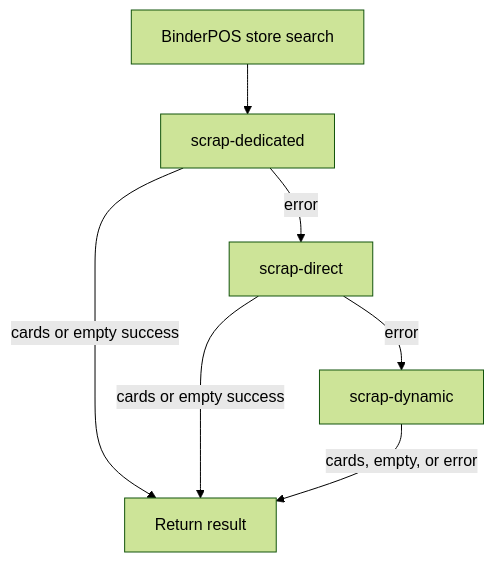
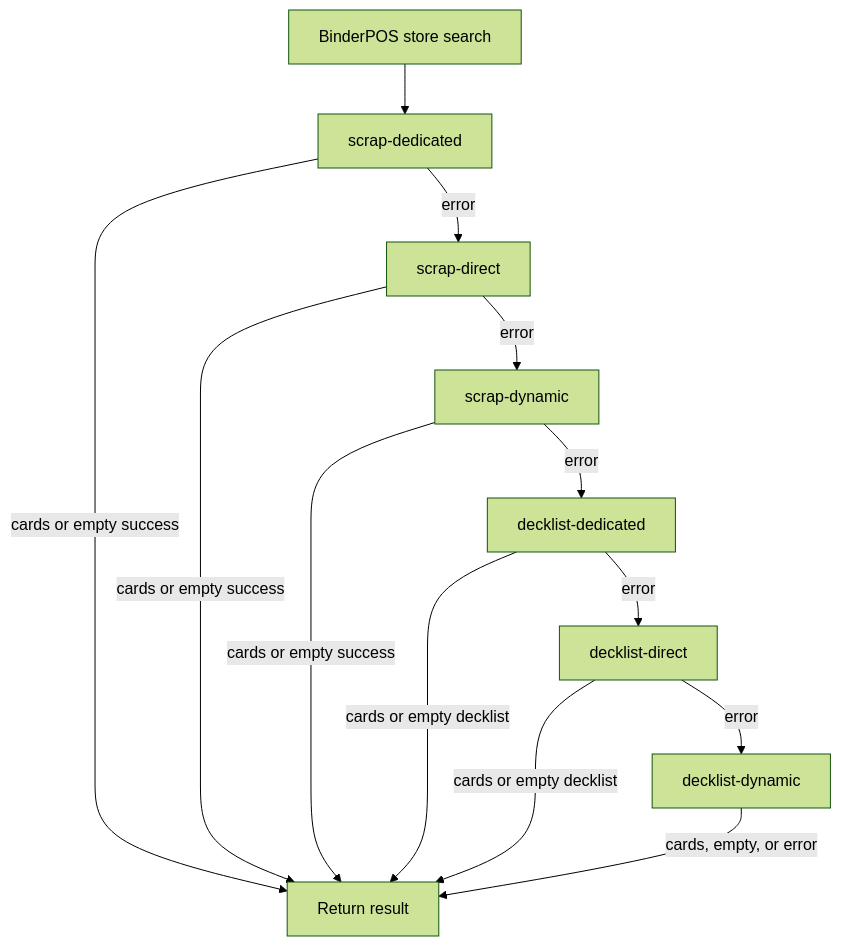
One commit to xenodus/gishathfetch changed the fourth of 4 diagrams in README.md. Above: the diagram before and after it, drawn with Mermaid (forest theme). The commit also changed other lines of this file and 26 other files, not shown here.

````diff
--- a/README.md
+++ b/README.md
@@ -263,9 +264,15 @@
 ```mermaid
 flowchart TD
     A[BinderPOS store search] --> B[scrap-dedicated]
     B -- error --> C[scrap-direct]
     C -- error --> D[scrap-dynamic]
+    D -- error --> F[decklist-dedicated]
+    F -- error --> G[decklist-direct]
+    G -- error --> H[decklist-dynamic]
     B -- cards or empty success --> E[Return result]
     C -- cards or empty success --> E
-    D -- cards, empty, or error --> E
+    D -- cards or empty success --> E
+    F -- cards or empty decklist --> E
+    G -- cards or empty decklist --> E
+    H -- cards, empty, or error --> E
 ```
````
